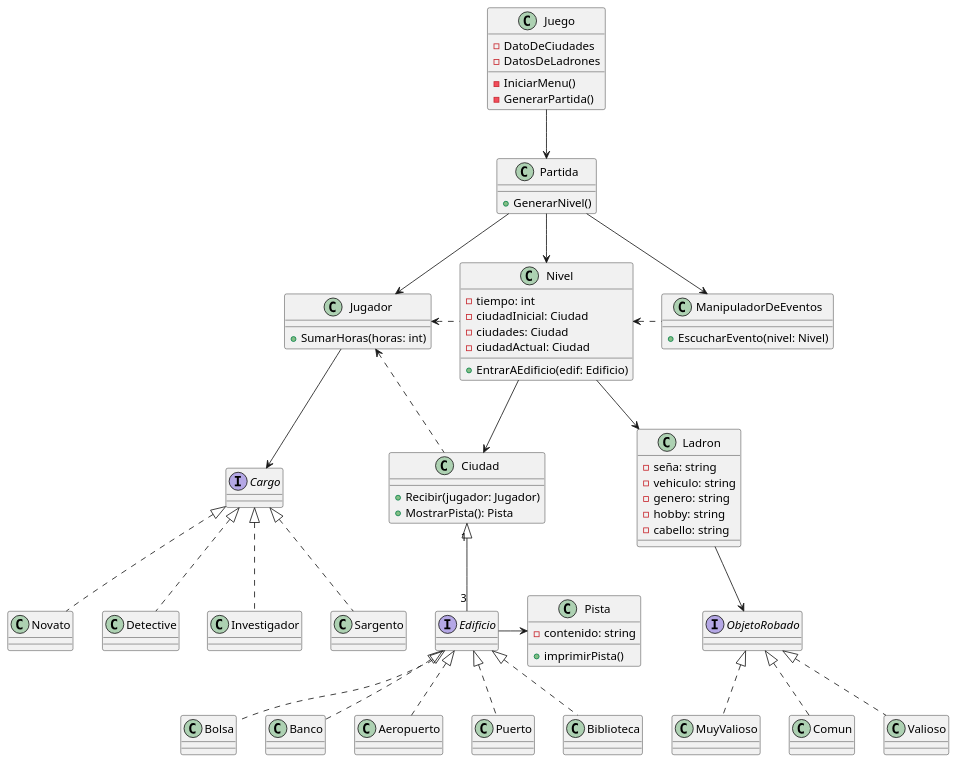
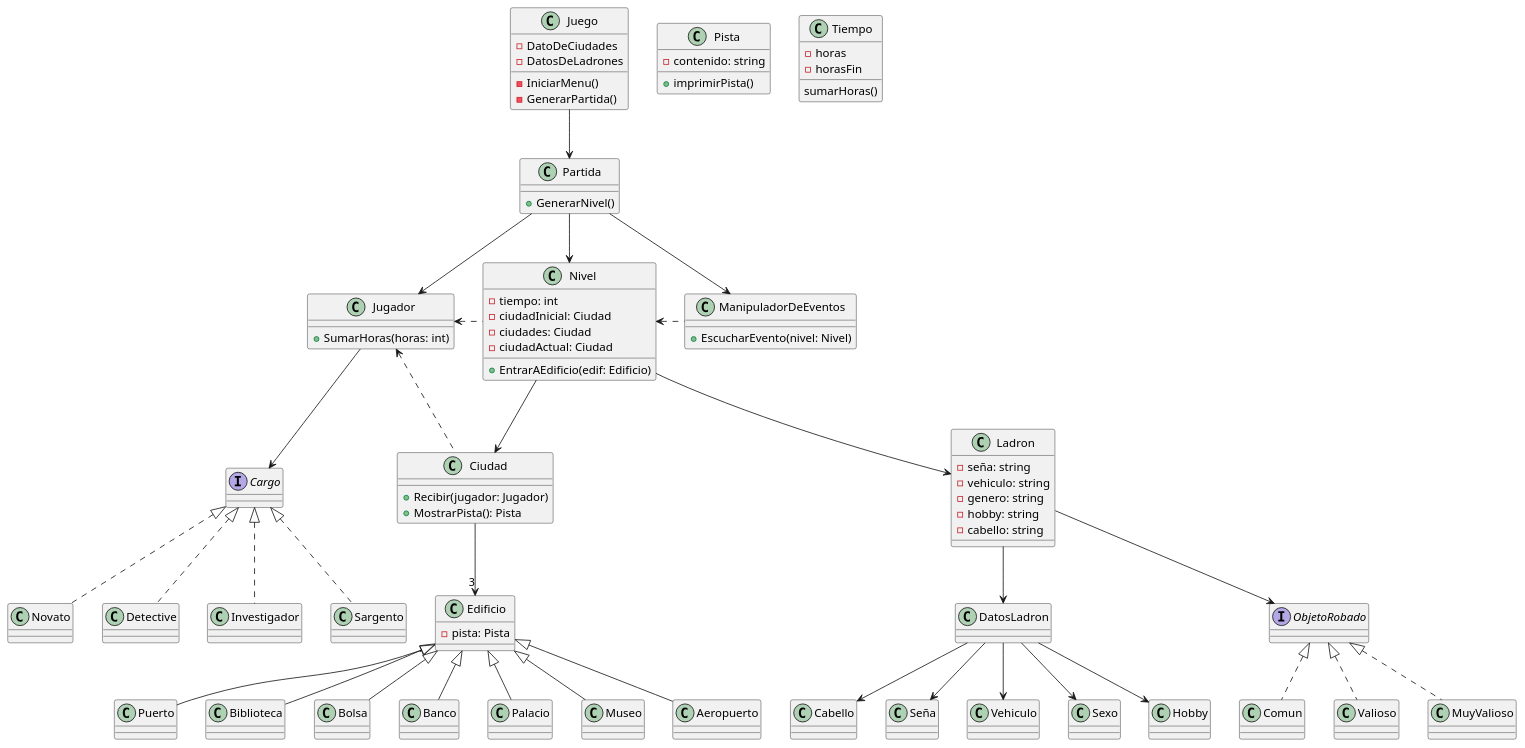
Before and after one commit to arilow/Algo3_TP2: the diagram in diagrams/classes/AlgoThief_Diagrama_Clase_UML.puml, drawn with PlantUML. The commit also changed 15 other files, not shown here.

```diff
--- a/diagrams/classes/AlgoThief_Diagrama_Clase_UML.puml
+++ b/diagrams/classes/AlgoThief_Diagrama_Clase_UML.puml
@@ -1,110 +1,124 @@
 @startuml algoThief
 class Juego {
     - DatoDeCiudades
     - DatosDeLadrones
 
     - IniciarMenu()
     - GenerarPartida()
 
 }
 
 class Partida {
     ' - jugador: Jugador
     ' - ladron: Ladron
     + GenerarNivel()
 }
 
 class Nivel {
     ' A futuro podria ser una fecha (date)
     - tiempo: int
     - ciudadInicial: Ciudad
     - ciudades: Ciudad
     - ciudadActual: Ciudad
 
     + EntrarAEdificio(edif: Edificio)
 }
 
 class ManipuladorDeEventos {
     + EscucharEvento(nivel: Nivel)
 }
 
 class Jugador {
     + SumarHoras(horas: int)
 }
 
 class Ciudad {
     + Recibir(jugador: Jugador)
     + MostrarPista(): Pista
 }
 
+class Edificio {
+    - pista: Pista
+}
+
 interface Cargo{}
 class Novato{}
 class Detective{}
 class Investigador{}
 class Sargento{}
 
 class Pista{
     - contenido: string
     ' + mostrarGraficos()
      + imprimirPista()
 }
 
 class Aeropuerto{}
 class Puerto{}
 class Biblioteca{}
 class Bolsa{}
 class Banco{}
 
 class Ladron{
   - seña: string
   - vehiculo: string
   - genero: string
   - hobby: string
   - cabello: string
 }
 
 interface ObjetoRobado{}
 class Comun{}
 class Valioso{}
 class MuyValioso{}
 
-interface Edificio {
+class Tiempo {
+    - horas
+    - horasFin
+    sumarHoras()
 }
 
 Jugador --> Cargo
 
 Cargo <|.. Novato
 Cargo <|.. Detective
 Cargo <|.. Investigador
 Cargo <|.. Sargento
 
-Ciudad "1" <|-- "3" Edificio
-Edificio <|.. Aeropuerto
-Edificio <|.. Puerto
-Edificio <|.. Biblioteca
-Edificio <|.. Bolsa
-Edificio <|.. Banco
+Ciudad --> "3" Edificio
+Edificio <|-- Aeropuerto
+Edificio <|-- Puerto
+Edificio <|-- Biblioteca
+Edificio <|-- Palacio
+Edificio <|-- Bolsa
+Edificio <|-- Banco
+Edificio <|-- Museo
 
-Edificio -> Pista
+Ladron --> DatosLadron
+DatosLadron --> Sexo
+DatosLadron --> Hobby
+DatosLadron --> Cabello
+DatosLadron --> Seña
+DatosLadron --> Vehiculo
 
 ObjetoRobado <|.. Comun
 ObjetoRobado <|.. Valioso
 ObjetoRobado <|.. MuyValioso
 
 Juego --> Partida
 
 Partida --> ManipuladorDeEventos
 Partida --> Jugador
 Partida --> Nivel
 
 Nivel --> Ciudad
 Nivel --> Ladron
 Nivel <. ManipuladorDeEventos
 
 
 Jugador <. Nivel
 Jugador <. Ciudad
 
 Ladron --> ObjetoRobado
 
 @enduml
```
